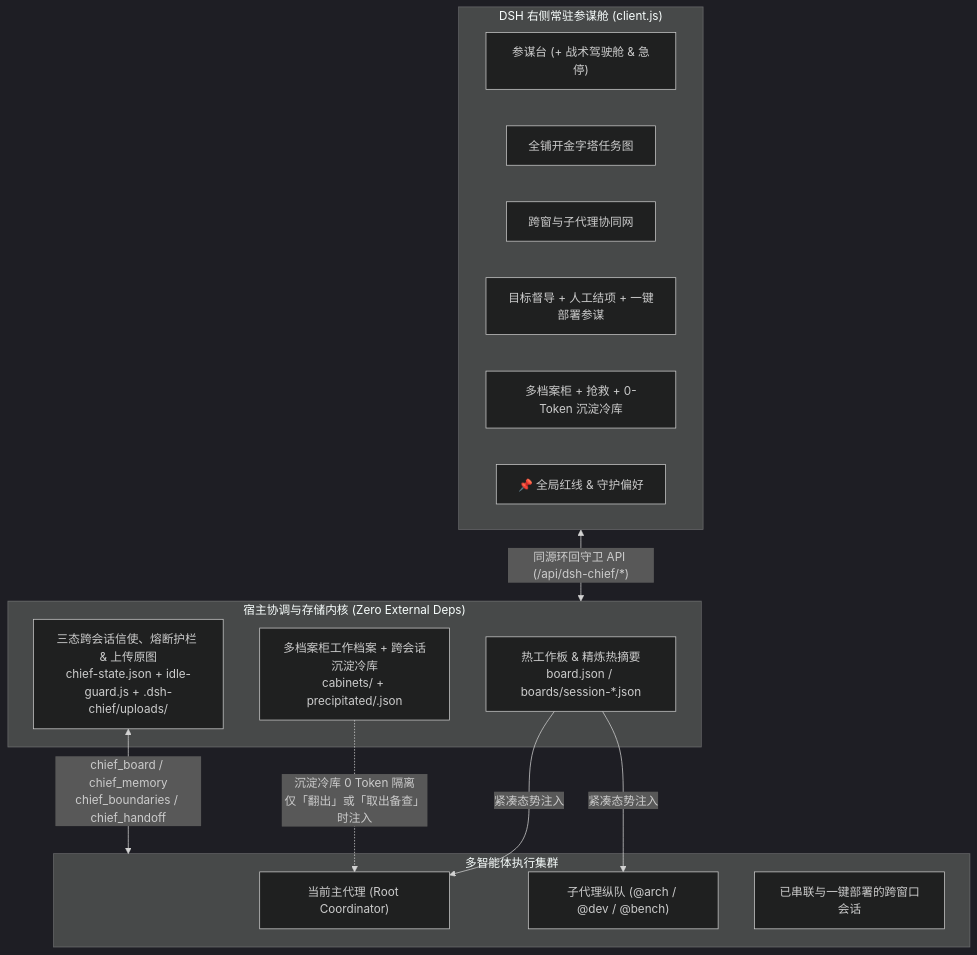
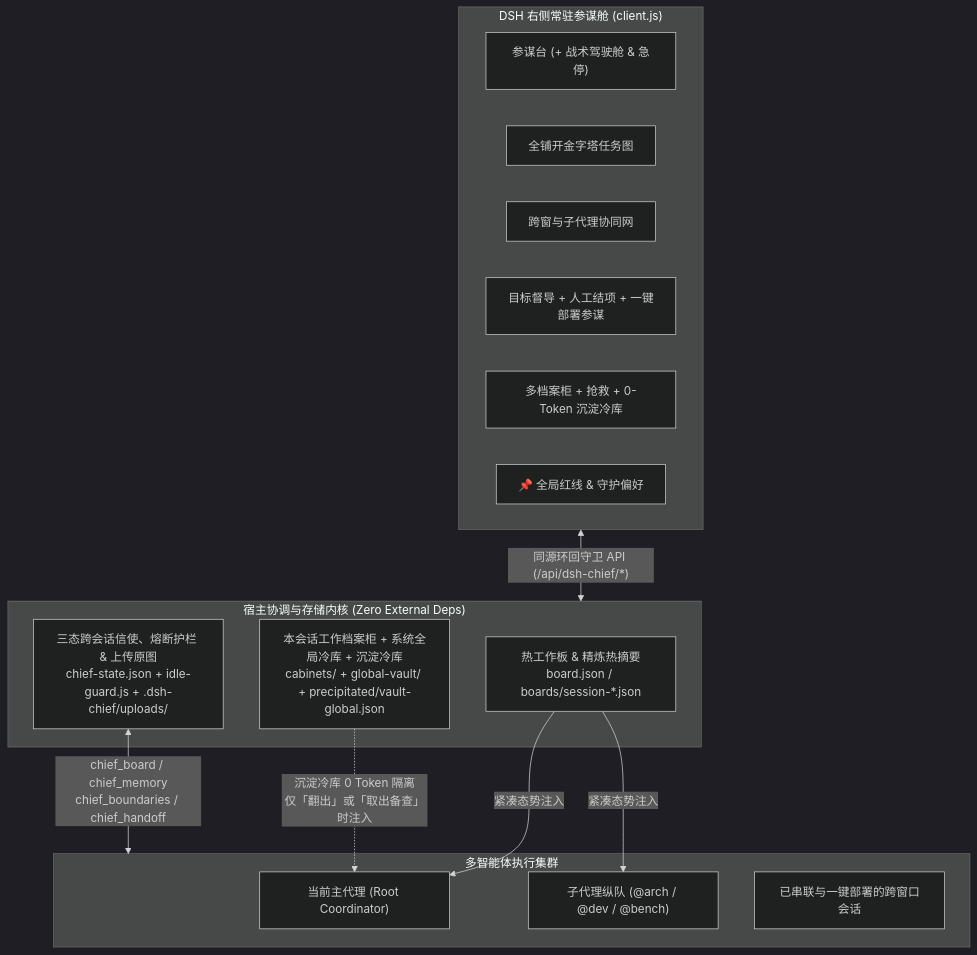
One commit to gluztm/dsh-chief changed the diagram in README.md. Above: the diagram before and after it, drawn with Mermaid (dark theme). The commit also changed other lines of this file and 11 other files, not shown here.

````diff
--- a/README.md
+++ b/README.md
@@ -141,29 +145,29 @@
 ```mermaid
 flowchart TB
   subgraph UI["DSH 右侧常驻参谋舱 (client.js)"]
     T1["参谋台 (+ 战术驾驶舱 & 急停)"]
     T2["全铺开金字塔任务图"]
     T3["跨窗与子代理协同网"]
     T4["目标督导 + 人工结项 + 一键部署参谋"]
     T5["多档案柜 + 抢救 + 0-Token 沉淀冷库"]
     T6["📌 全局红线 & 守护偏好"]
   end
 
   subgraph Core["宿主协调与存储内核 (Zero External Deps)"]
     Hot["热工作板 & 精炼热摘要\nboard.json / boards/session-*.json"]
-    Cold["多档案柜工作档案 + 跨会话沉淀冷库\ncabinets/ + precipitated/<projectKey>.json"]
+    Cold["本会话工作档案柜 + 系统全局冷库 + 沉淀冷库\ncabinets/ + global-vault/ + precipitated/vault-global.json"]
     Bus["三态跨会话信使、熔断护栏 & 上传原图\nchief-state.json + idle-guard.js + .dsh-chief/uploads/"]
   end
 
   subgraph Agents["多智能体执行集群"]
     Lead["当前主代理 (Root Coordinator)"]
     Subs["子代理纵队 (@arch / @dev / @bench)"]
     Peers["已串联与一键部署的跨窗口会话"]
   end
 
   UI <-->|"同源环回守卫 API (/api/dsh-chief/*)"| Core
   Hot -->|"紧凑态势注入"| Lead
   Hot -->|"紧凑态势注入"| Subs
   Cold -.->|"沉淀冷库 0 Token 隔离\n仅「翻出」或「取出备查」时注入"| Lead
   Bus <-->|"chief_board / chief_memory\nchief_boundaries / chief_handoff"| Agents
 ```
````
